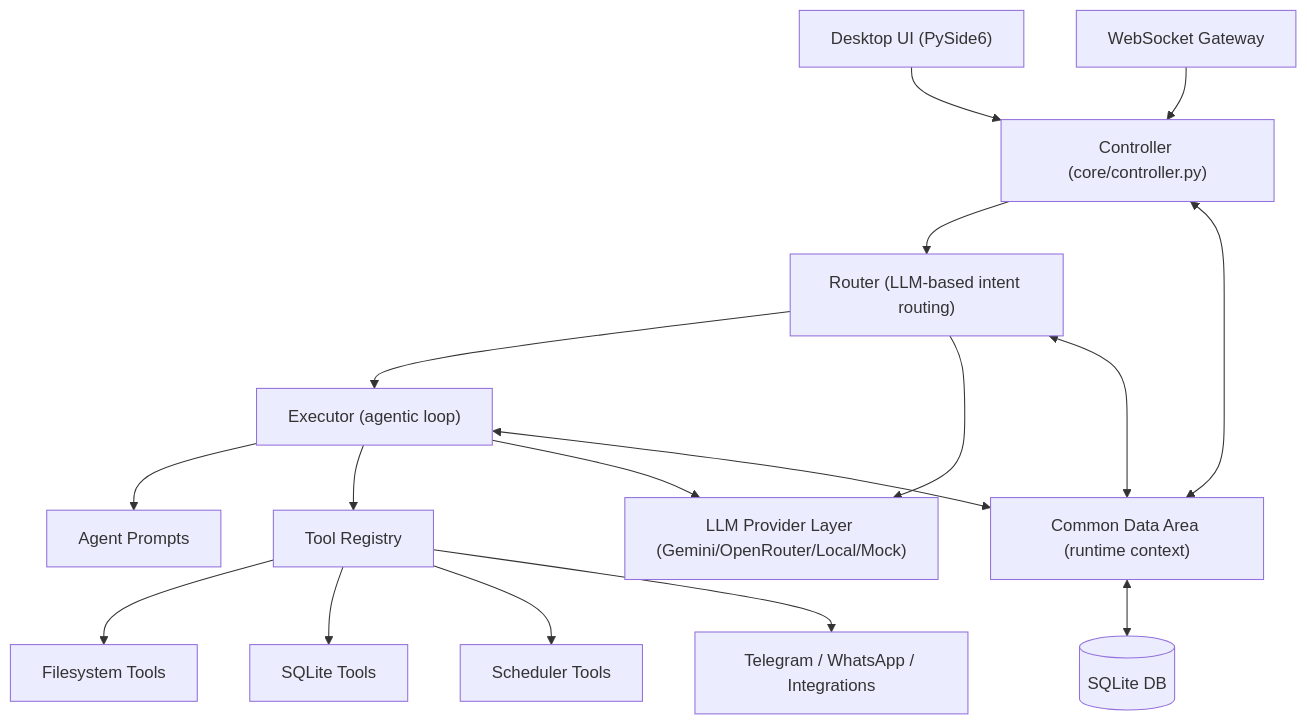
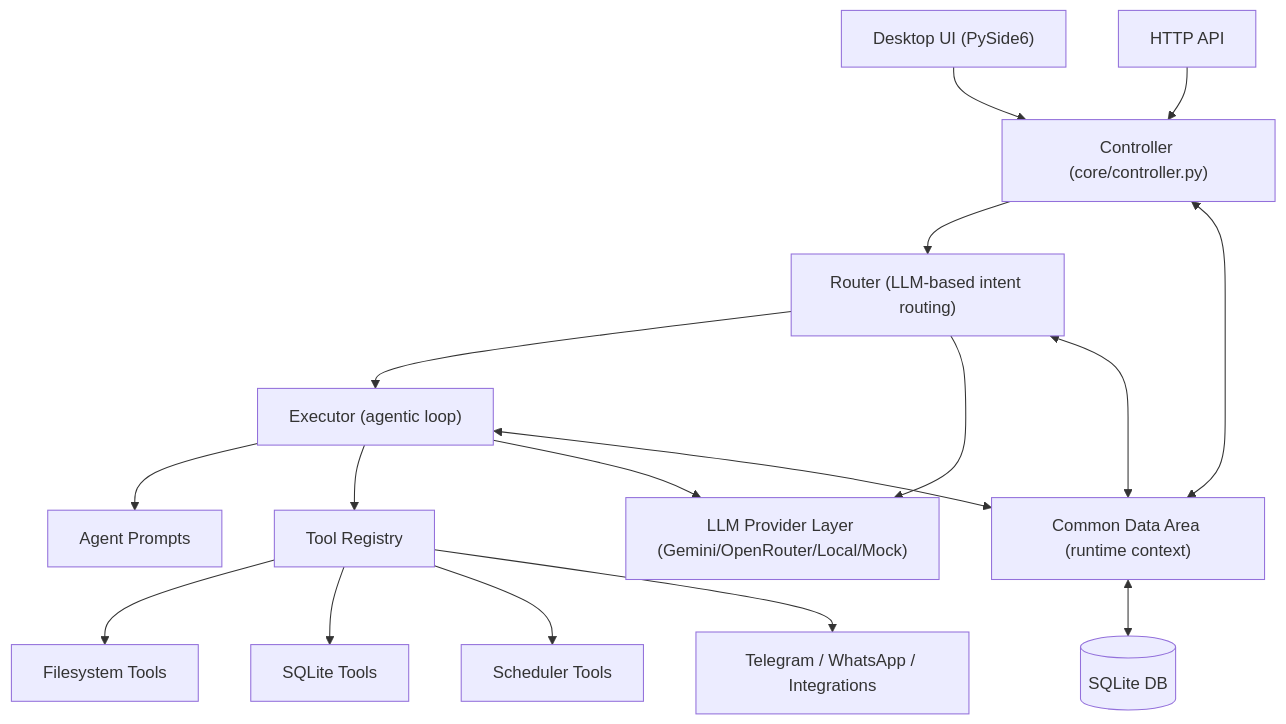
Before and after one commit to bmjobmjo/DesktopAgenticSystem: the diagram in README.md, drawn with Mermaid. The commit also changed other lines of this file and 481 other files, not shown here.

````diff
--- a/README.md
+++ b/README.md
@@ -28,23 +28,23 @@
 ```mermaid
 flowchart TD
     UI["Desktop UI (PySide6)"] --> Controller["Controller (core/controller.py)"]
-    WS["WebSocket Gateway"] --> Controller
+    API["HTTP API"] --> Controller
     Controller --> Router["Router (LLM-based intent routing)"]
     Router --> Executor["Executor (agentic loop)"]
 
     Executor --> Prompts["Agent Prompts"]
     Executor --> Tools["Tool Registry"]
     Tools --> FS["Filesystem Tools"]
     Tools --> DBT["SQLite Tools"]
     Tools --> SCHED["Scheduler Tools"]
     Tools --> EXT["Telegram / WhatsApp / Integrations"]
 
     Executor --> LLM["LLM Provider Layer (Gemini/OpenRouter/Local/Mock)"]
     Router --> LLM
 
     Controller <--> CDA["Common Data Area (runtime context)"]
     Router <--> CDA
     Executor <--> CDA
 
     CDA <--> SQLITE[("SQLite DB")]
 ```
````
